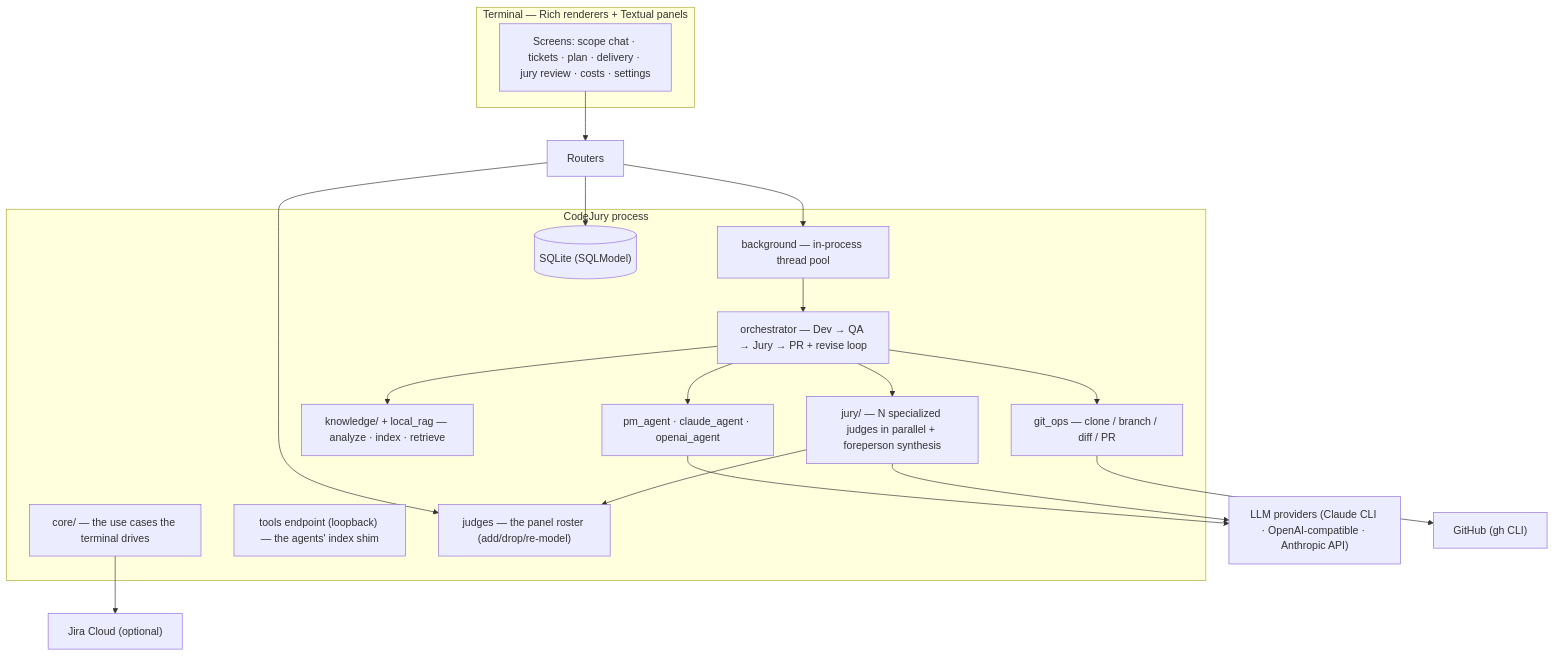
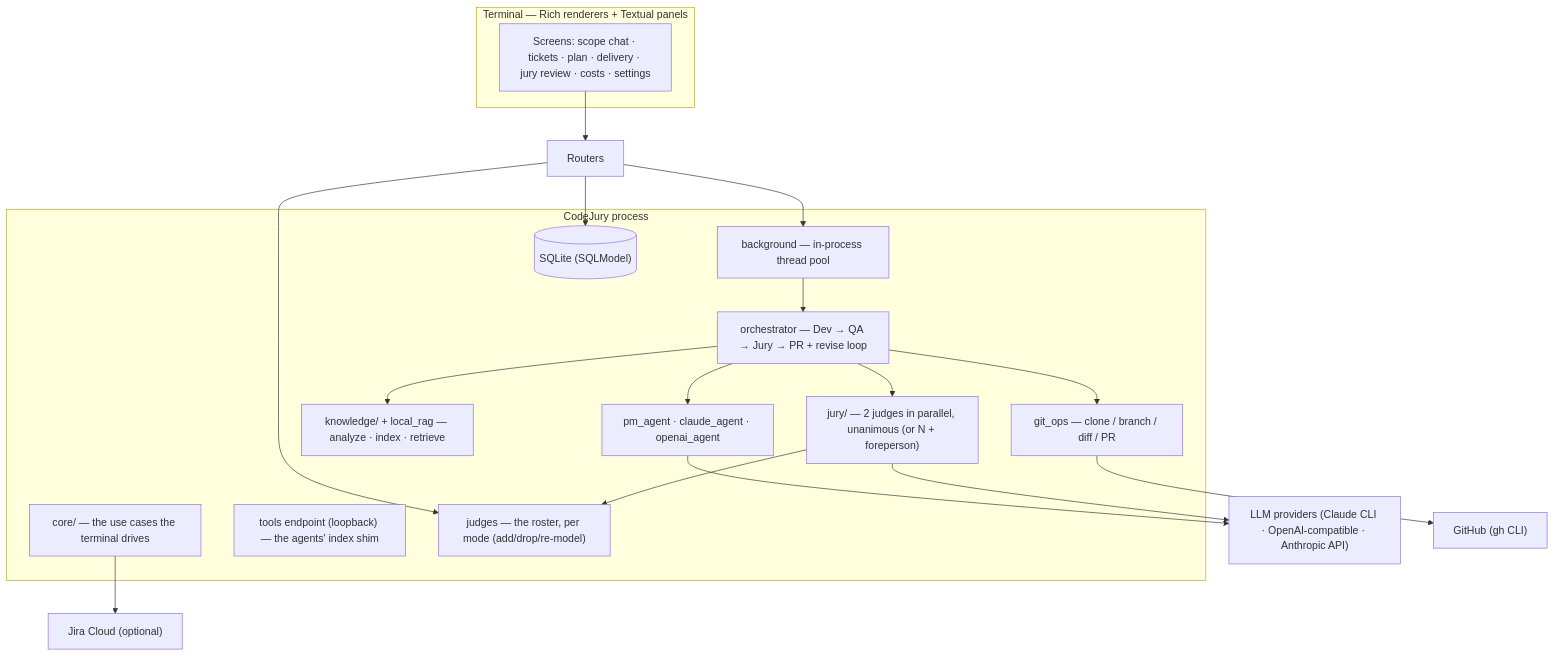
One commit to birhantprkc/autodev-studio changed the first of 2 diagrams in docs/architecture.md. Above: the diagram before and after it, drawn with Mermaid. The commit also changed other lines of this file and 21 other files, not shown here.

````diff
--- a/docs/architecture.md
+++ b/docs/architecture.md
@@ -11,33 +11,33 @@
 ```mermaid
 graph TB
     subgraph Term["Terminal — Rich renderers + Textual panels"]
         UI["Screens: scope chat · tickets · plan · delivery · jury review · costs · settings"]
     end
 
     subgraph App["CodeJury process"]
         Core["core/ — the use cases the terminal drives"]
         Tools["tools endpoint (loopback) — the agents' index shim"]
         Orch["orchestrator — Dev → QA → Jury → PR + revise loop"]
-        Jury["jury/ — N specialized judges in parallel + foreperson synthesis"]
+        Jury["jury/ — 2 judges in parallel, unanimous (or N + foreperson)"]
         BG["background — in-process thread pool"]
         KB["knowledge/ + local_rag — analyze · index · retrieve"]
         Agents["pm_agent · claude_agent · openai_agent"]
-        Roster["judges — the panel roster (add/drop/re-model)"]
+        Roster["judges — the roster, per mode (add/drop/re-model)"]
         Git["git_ops — clone / branch / diff / PR"]
         DB[("SQLite (SQLModel)")]
     end
 
     Providers["LLM providers (Claude CLI · OpenAI-compatible · Anthropic API)"]
     GH["GitHub (gh CLI)"]
     Jira["Jira Cloud (optional)"]
 
     UI --> Routers --> DB
     Routers --> BG --> Orch
     Orch --> Agents & Git & KB & Jury
     Jury --> Roster
     Jury --> Providers
     Routers --> Roster
     Agents --> Providers
     Git --> GH
     Core --> Jira
 ```
````
